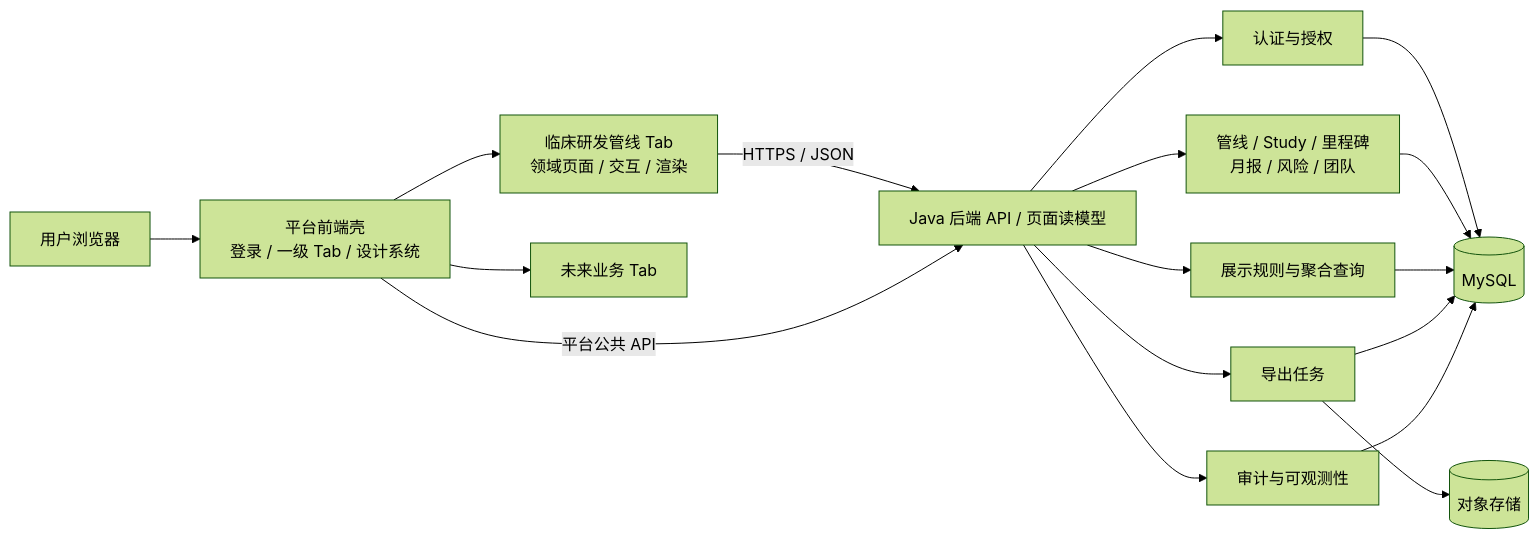
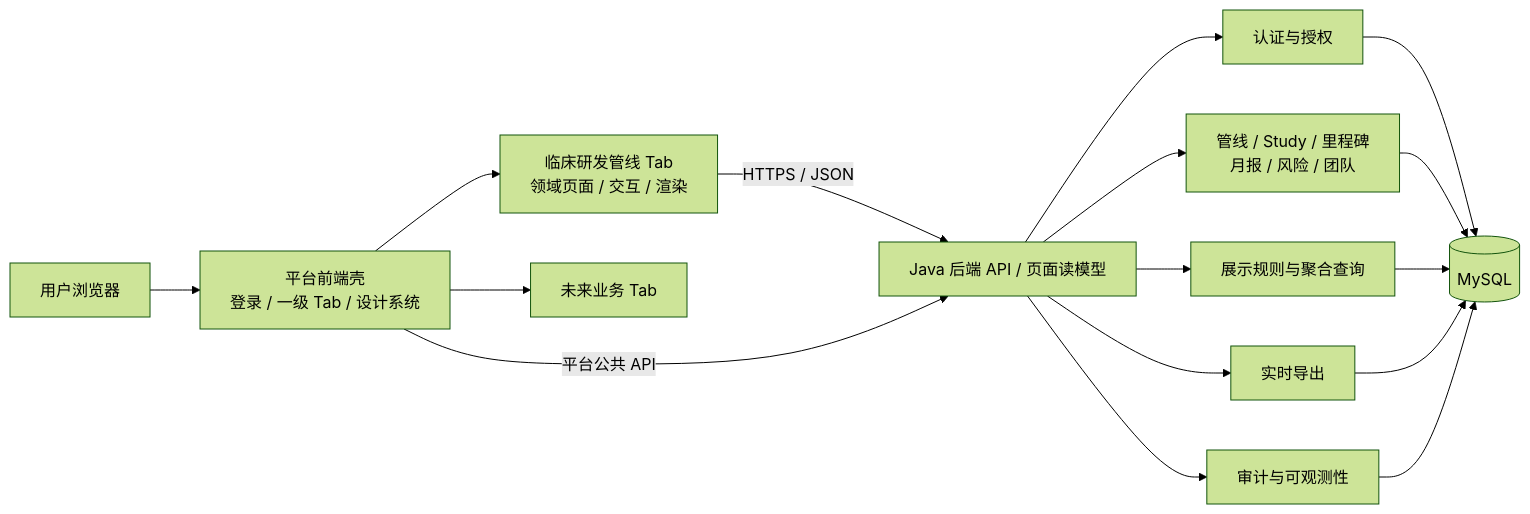
One commit to hero945/int-service-study-management changed the first of 2 diagrams in docs/前后端拆分技术设计_v1.0.md. Above: the diagram before and after it, drawn with Mermaid (forest theme). The commit also changed other lines of this file and 66 other files, not shown here.

````diff
--- a/docs/前后端拆分技术设计_v1.0.md
+++ b/docs/前后端拆分技术设计_v1.0.md
@@ -26,19 +26,18 @@
 ```mermaid
 flowchart LR
   U[用户浏览器] --> SHELL[平台前端壳\n登录 / 一级 Tab / 设计系统]
   SHELL --> TAB[临床研发管线 Tab\n领域页面 / 交互 / 渲染]
   SHELL --> FUTURE[未来业务 Tab]
   TAB -->|HTTPS / JSON| BFF[Java 后端 API / 页面读模型]
   SHELL -->|平台公共 API| BFF
   BFF --> AUTH[认证与授权]
   BFF --> DOMAIN[管线 / Study / 里程碑\n月报 / 风险 / 团队]
   BFF --> QUERY[展示规则与聚合查询]
-  BFF --> EXPORT[导出任务]
+  BFF --> EXPORT[实时导出]
   AUTH --> DB[(MySQL)]
   DOMAIN --> DB
   QUERY --> DB
   EXPORT --> DB
-  EXPORT --> OBJ[(对象存储)]
   BFF --> AUDIT[审计与可观测性]
   AUDIT --> DB
 ```
````
